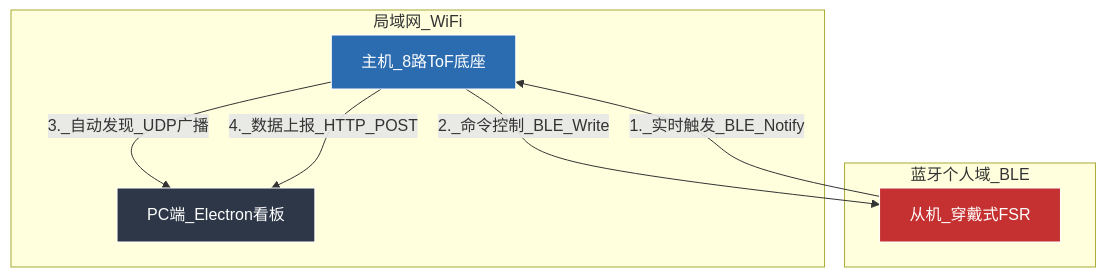
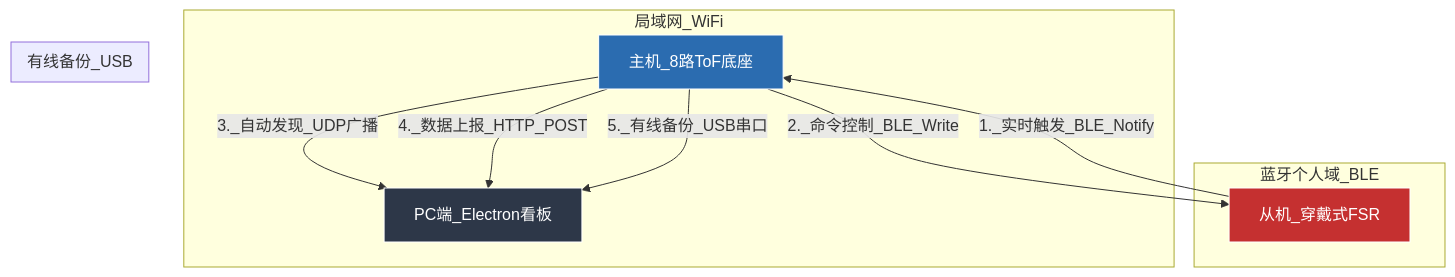
The diagram in 项目背景.md (Designer-Awei/sebt-dashboard), drawn with Mermaid before and after one commit. The commit also changed other lines of this file and 6 other files, not shown here.

````diff
--- a/项目背景.md
+++ b/项目背景.md
@@ -19,23 +19,29 @@
 ```mermaid
 graph TD
     subgraph 局域网_WiFi
         PC[PC端_Electron看板]
         Host[主机_8路ToF底座]
     end
 
     subgraph 蓝牙个人域_BLE
         Host
         Slave[从机_穿戴式FSR]
     end
 
+    subgraph 有线备份_USB
+        Host
+        PC
+    end
+
     %% 连接关系
     Slave -- "1._实时触发_BLE_Notify" --> Host
     Host -- "2._命令控制_BLE_Write" --> Slave
     Host -- "3._自动发现_UDP广播" --> PC
     Host -- "4._数据上报_HTTP_POST" --> PC
+    Host -- "5._有线备份_USB串口" --> PC
 
     %% 样式
     style PC fill:#2d3748,stroke:#fff,color:#fff
     style Host fill:#2b6cb0,stroke:#fff,color:#fff
     style Slave fill:#c53030,stroke:#fff,color:#fff
 ```
````
